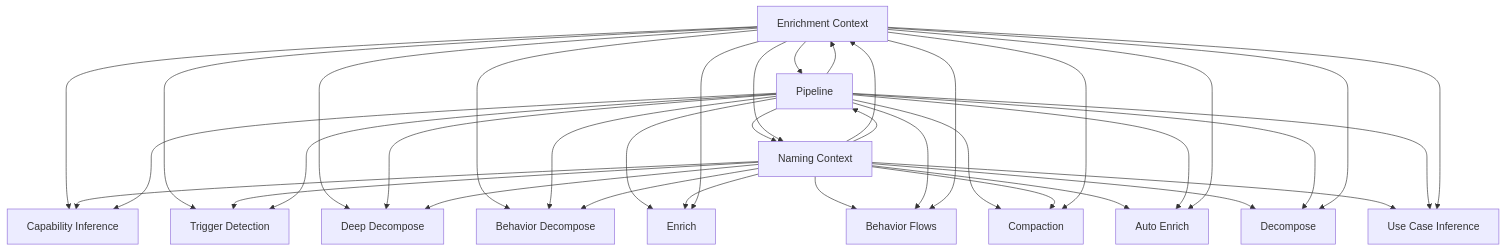
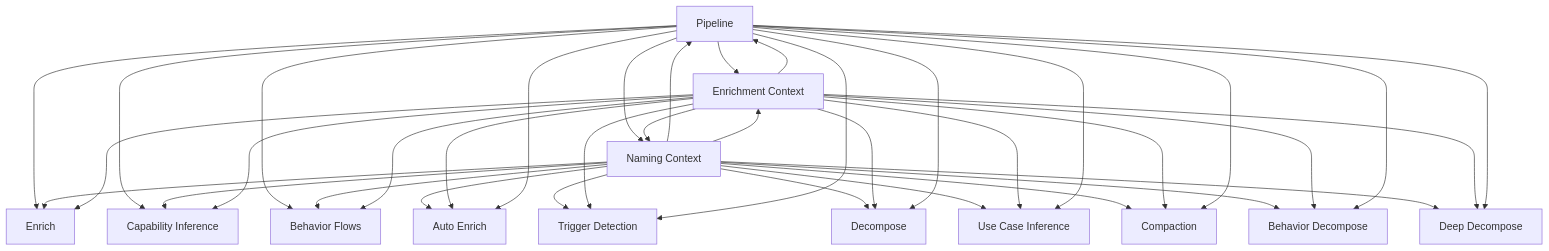
The diagram in .architecture-models/src-orchestration/docs/se/logical-architecture.md (opn-arch/architecture-model-standard), drawn with Mermaid before and after one commit. The commit also changed other lines of this file and 161 other files, not shown here.

````diff
--- a/.architecture-models/src-orchestration/docs/se/logical-architecture.md
+++ b/.architecture-models/src-orchestration/docs/se/logical-architecture.md
@@ -53,52 +53,52 @@
 ```mermaid
 graph TD
-    src-orchestration-COMP-9["Enrichment Context"]
-    src-orchestration-COMP-4["Capability Inference"]
-    src-orchestration-COMP-9 --> src-orchestration-COMP-4
-    src-orchestration-COMP-12["Trigger Detection"]
-    src-orchestration-COMP-9 --> src-orchestration-COMP-12
-    src-orchestration-COMP-10["Naming Context"]
-    src-orchestration-COMP-10 --> src-orchestration-COMP-9
-    src-orchestration-COMP-3["Behavior Flows"]
-    src-orchestration-COMP-10 --> src-orchestration-COMP-3
     src-orchestration-COMP-11["Pipeline"]
-    src-orchestration-COMP-11 --> src-orchestration-COMP-9
     src-orchestration-COMP-8["Enrich"]
     src-orchestration-COMP-11 --> src-orchestration-COMP-8
-    src-orchestration-COMP-11 --> src-orchestration-COMP-3
-    src-orchestration-COMP-10 --> src-orchestration-COMP-8
-    src-orchestration-COMP-7["Deep Decompose"]
-    src-orchestration-COMP-9 --> src-orchestration-COMP-7
-    src-orchestration-COMP-2["Behavior Decompose"]
-    src-orchestration-COMP-9 --> src-orchestration-COMP-2
-    src-orchestration-COMP-9 --> src-orchestration-COMP-8
-    src-orchestration-COMP-9 --> src-orchestration-COMP-3
-    src-orchestration-COMP-5["Compaction"]
-    src-orchestration-COMP-11 --> src-orchestration-COMP-5
-    src-orchestration-COMP-10 --> src-orchestration-COMP-5
+    src-orchestration-COMP-4["Capability Inference"]
+    src-orchestration-COMP-11 --> src-orchestration-COMP-4
+    src-orchestration-COMP-10["Naming Context"]
+    src-orchestration-COMP-12["Trigger Detection"]
+    src-orchestration-COMP-10 --> src-orchestration-COMP-12
+    src-orchestration-COMP-6["Decompose"]
+    src-orchestration-COMP-10 --> src-orchestration-COMP-6
     src-orchestration-COMP-1["Auto Enrich"]
     src-orchestration-COMP-10 --> src-orchestration-COMP-1
-    src-orchestration-COMP-6["Decompose"]
-    src-orchestration-COMP-10 --> src-orchestration-COMP-6
+    src-orchestration-COMP-9["Enrichment Context"]
+    src-orchestration-COMP-9 --> src-orchestration-COMP-1
+    src-orchestration-COMP-9 --> src-orchestration-COMP-12
+    src-orchestration-COMP-9 --> src-orchestration-COMP-6
+    src-orchestration-COMP-3["Behavior Flows"]
+    src-orchestration-COMP-11 --> src-orchestration-COMP-3
+    src-orchestration-COMP-11 --> src-orchestration-COMP-9
+    src-orchestration-COMP-11 --> src-orchestration-COMP-10
+    src-orchestration-COMP-13["Use Case Inference"]
+    src-orchestration-COMP-10 --> src-orchestration-COMP-13
+    src-orchestration-COMP-2["Behavior Decompose"]
+    src-orchestration-COMP-10 --> src-orchestration-COMP-2
+    src-orchestration-COMP-5["Compaction"]
+    src-orchestration-COMP-10 --> src-orchestration-COMP-5
+    src-orchestration-COMP-9 --> src-orchestration-COMP-13
+    src-orchestration-COMP-10 --> src-orchestration-COMP-11
+    src-orchestration-COMP-9 --> src-orchestration-COMP-5
+    src-orchestration-COMP-9 --> src-orchestration-COMP-2
+    src-orchestration-COMP-9 --> src-orchestration-COMP-11
+    src-orchestration-COMP-7["Deep Decompose"]
+    src-orchestration-COMP-10 --> src-orchestration-COMP-7
+    src-orchestration-COMP-9 --> src-orchestration-COMP-7
+    src-orchestration-COMP-11 --> src-orchestration-COMP-12
     src-orchestration-COMP-11 --> src-orchestration-COMP-1
     src-orchestration-COMP-11 --> src-orchestration-COMP-6
-    src-orchestration-COMP-13["Use Case Inference"]
-    src-orchestration-COMP-10 --> src-orchestration-COMP-13
-    src-orchestration-COMP-11 --> src-orchestration-COMP-10
-    src-orchestration-COMP-9 --> src-orchestration-COMP-5
+    src-orchestration-COMP-10 --> src-orchestration-COMP-8
+    src-orchestration-COMP-10 --> src-orchestration-COMP-4
+    src-orchestration-COMP-10 --> src-orchestration-COMP-3
+    src-orchestration-COMP-9 --> src-orchestration-COMP-8
+    src-orchestration-COMP-9 --> src-orchestration-COMP-4
     src-orchestration-COMP-11 --> src-orchestration-COMP-13
-    src-orchestration-COMP-10 --> src-orchestration-COMP-11
-    src-orchestration-COMP-10 --> src-orchestration-COMP-4
-    src-orchestration-COMP-9 --> src-orchestration-COMP-1
-    src-orchestration-COMP-10 --> src-orchestration-COMP-12
-    src-orchestration-COMP-9 --> src-orchestration-COMP-6
-    src-orchestration-COMP-11 --> src-orchestration-COMP-4
+    src-orchestration-COMP-10 --> src-orchestration-COMP-9
+    src-orchestration-COMP-9 --> src-orchestration-COMP-3
+    src-orchestration-COMP-11 --> src-orchestration-COMP-5
     src-orchestration-COMP-11 --> src-orchestration-COMP-2
-    src-orchestration-COMP-11 --> src-orchestration-COMP-12
+    src-orchestration-COMP-9 --> src-orchestration-COMP-10
     src-orchestration-COMP-11 --> src-orchestration-COMP-7
-    src-orchestration-COMP-10 --> src-orchestration-COMP-7
-    src-orchestration-COMP-9 --> src-orchestration-COMP-11
-    src-orchestration-COMP-9 --> src-orchestration-COMP-13
-    src-orchestration-COMP-10 --> src-orchestration-COMP-2
-    src-orchestration-COMP-9 --> src-orchestration-COMP-10
 ```
````
